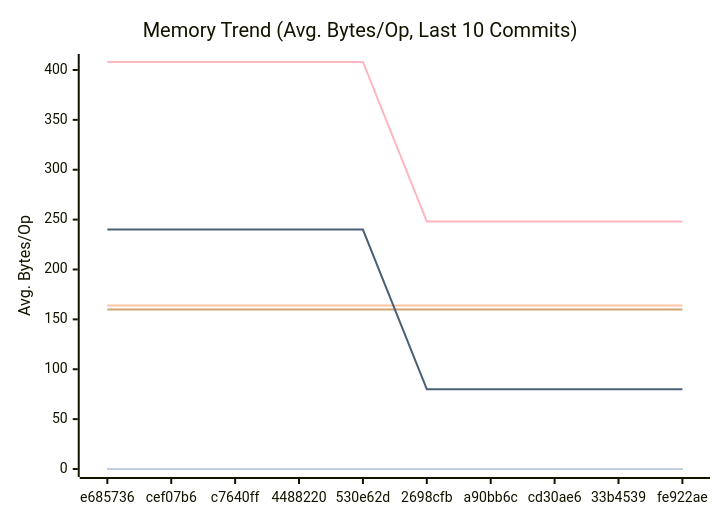
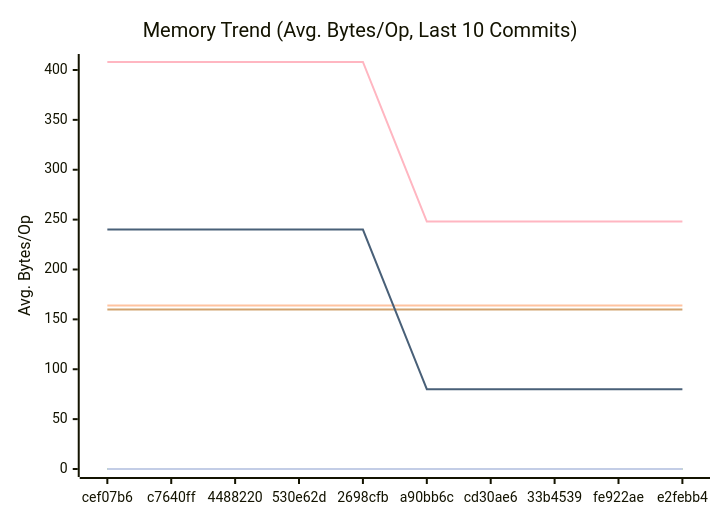
Before and after one commit to alsotoes/momo: the second of 3 diagrams in docs/PERFORMANCE.md, drawn with Mermaid. The commit also changed other lines of this file and 7 other files, not shown here.

````diff
--- a/docs/PERFORMANCE.md
+++ b/docs/PERFORMANCE.md
@@ -97,16 +97,16 @@
 ```mermaid
 xychart-beta
     title "Memory Trend (Avg. Bytes/Op, Last 10 Commits)"
     x-axis "Commit"
     y-axis "Avg. Bytes/Op"
-    x-axis [e685736,cef07b6,c7640ff,4488220,530e62d,2698cfb,a90bb6c,cd30ae6,33b4539,fe922ae]
+    x-axis [cef07b6,c7640ff,4488220,530e62d,2698cfb,a90bb6c,cd30ae6,33b4539,fe922ae,e2febb4]
     line "CheckMetricsAndSwap" [0,0,0,0,0,0,0,0,0,0]
     line "CrushOptimized" [0,0,0,0,0,0,0,0,0,0]
     line "CrushOriginal" [164,164,164,164,164,164,164,164,164,164]
     line "IndexDirectTracking" [0,0,0,0,0,0,0,0,0,0]
     line "IndexSearch" [0,0,0,0,0,0,0,0,0,0]
     line "LoadGlobalConfig" [160,160,160,160,160,160,160,160,160,160]
     line "PadString" [0,0,0,0,0,0,0,0,0,0]
     line "ParseReplicationOrder_NoPrealloc" [408,408,408,408,408,248,248,248,248,248]
     line "ParseReplicationOrder_Prealloc" [240,240,240,240,240,80,80,80,80,80]
 ```
````
